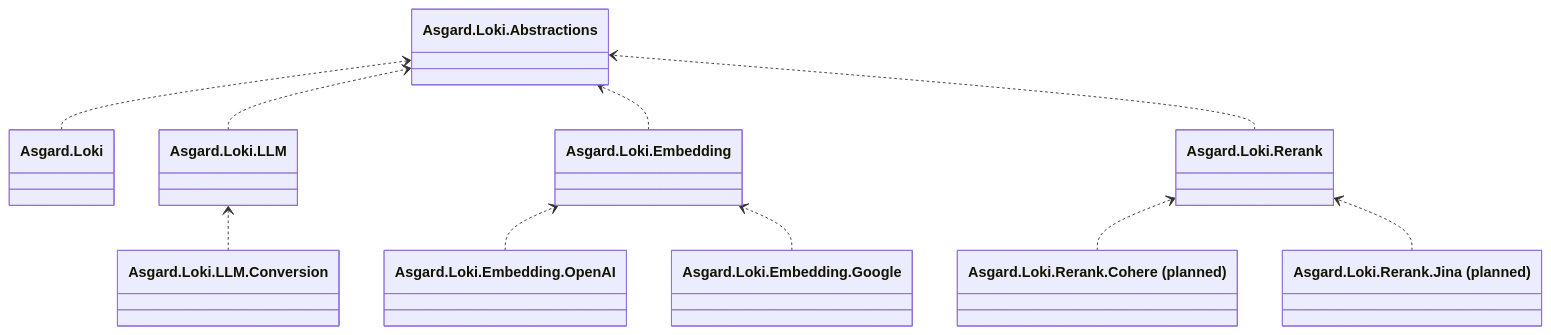
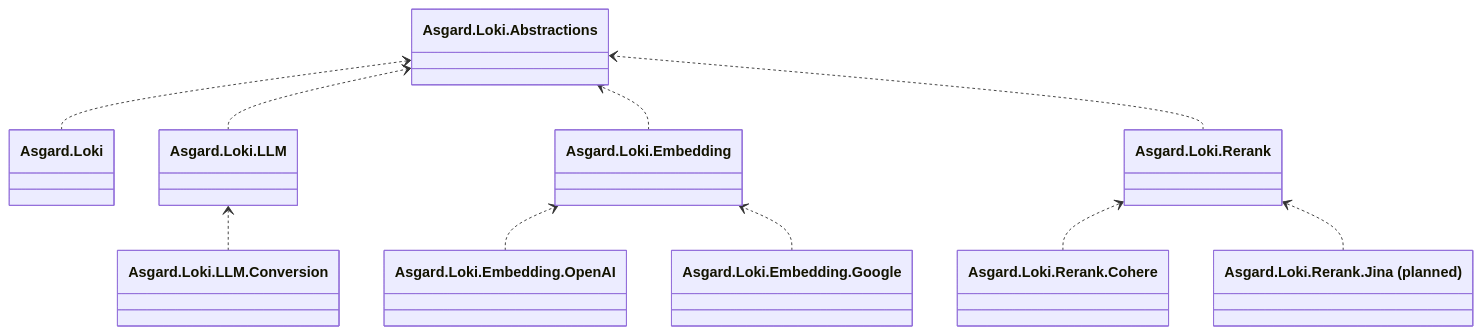
Before and after one commit to BenLampson/Asgard.Loki: the diagram in docs/model-call-roadmap.md, drawn with Mermaid. The commit also changed other lines of this file and 28 other files, not shown here.

Commit message:
feat(rerank): add native Cohere v1 and v2 provider

````diff
--- a/docs/model-call-roadmap.md
+++ b/docs/model-call-roadmap.md
@@ -186,23 +187,23 @@
 ```mermaid
 classDiagram
 direction BT
 class Abstractions["Asgard.Loki.Abstractions"]
 class Client["Asgard.Loki"]
 class LLM["Asgard.Loki.LLM"]
 class Conversion["Asgard.Loki.LLM.Conversion"]
 class Embedding["Asgard.Loki.Embedding"]
 class Rerank["Asgard.Loki.Rerank"]
 class EmbeddingOpenAI["Asgard.Loki.Embedding.OpenAI"]
 class EmbeddingGoogle["Asgard.Loki.Embedding.Google"]
-class RerankCohere["Asgard.Loki.Rerank.Cohere (planned)"]
+class RerankCohere["Asgard.Loki.Rerank.Cohere"]
 class RerankJina["Asgard.Loki.Rerank.Jina (planned)"]
 Client ..> Abstractions
 LLM ..> Abstractions
 Conversion ..> LLM
 Embedding ..> Abstractions
 Rerank ..> Abstractions
 EmbeddingOpenAI ..> Embedding
 EmbeddingGoogle ..> Embedding
 RerankCohere ..> Rerank
 RerankJina ..> Rerank
 ```
````
